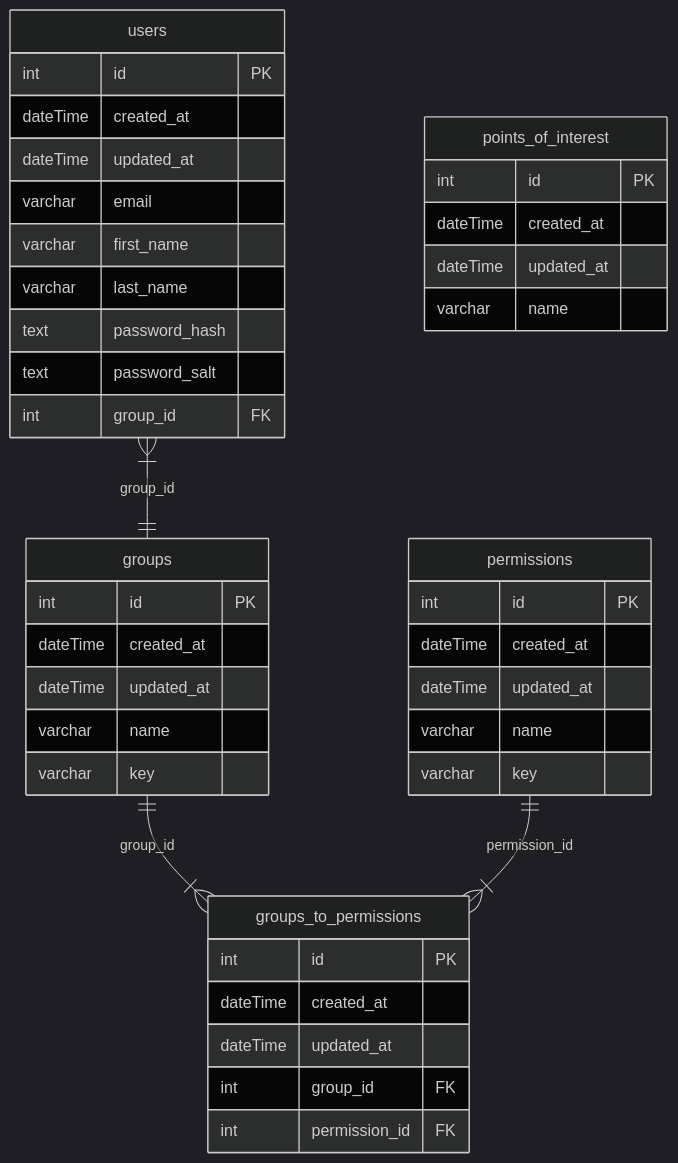
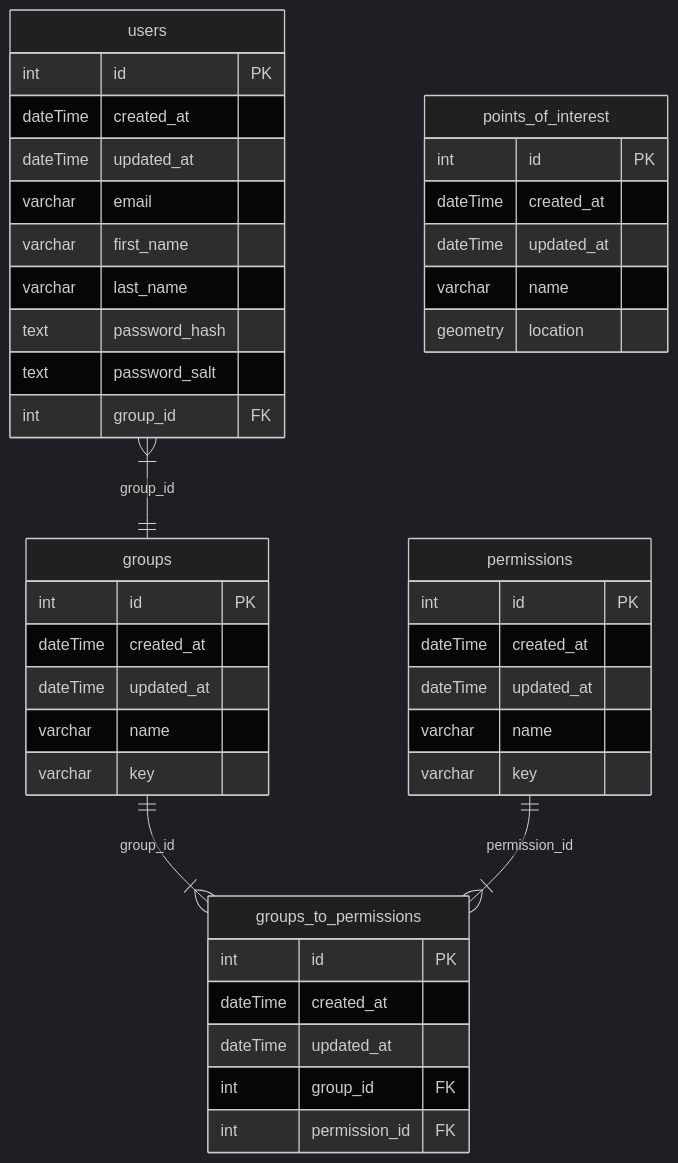
Before and after one commit to h4vefundieyoung/smartscapes: the diagram in readme.md, drawn with Mermaid (dark theme).

Commit message:
feat(backend/shared): expand mermaid schema ss-112

````diff
--- a/readme.md
+++ b/readme.md
@@ -30,50 +30,51 @@
 ```mermaid
 erDiagram
 
   users {
     int id PK
     dateTime created_at
     dateTime updated_at
     varchar email
     varchar first_name
     varchar last_name
     text password_hash
     text password_salt
     int group_id FK
   }
 
   groups {
     int id PK
     dateTime created_at
     dateTime updated_at
     varchar name
     varchar key
   }
 
  groups_to_permissions {
       int id PK
       dateTime created_at
       dateTime updated_at
       int group_id FK
       int permission_id FK
   }
 
   permissions {
       int id PK
       dateTime created_at
       dateTime updated_at
       varchar name
       varchar key
   }
 
-  points_of_interest {
+   points_of_interest {
     int id PK
     dateTime created_at
     dateTime updated_at
     varchar name
+    geometry location
   }
 
   users }|--|| groups : group_id
   groups ||--|{ groups_to_permissions : group_id
   permissions ||--|{ groups_to_permissions : permission_id
 ```
````
